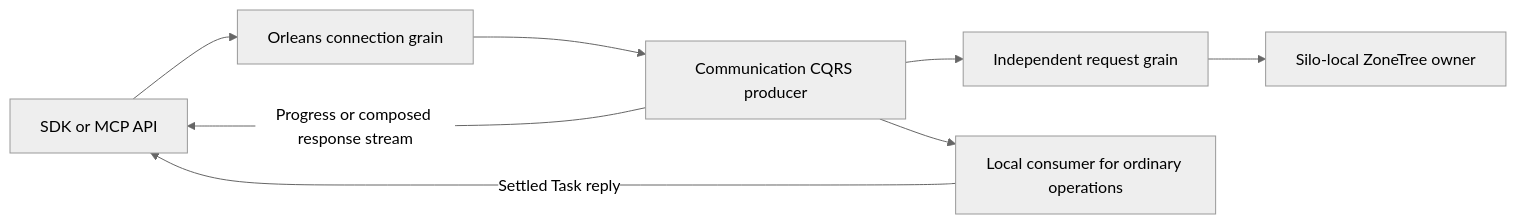
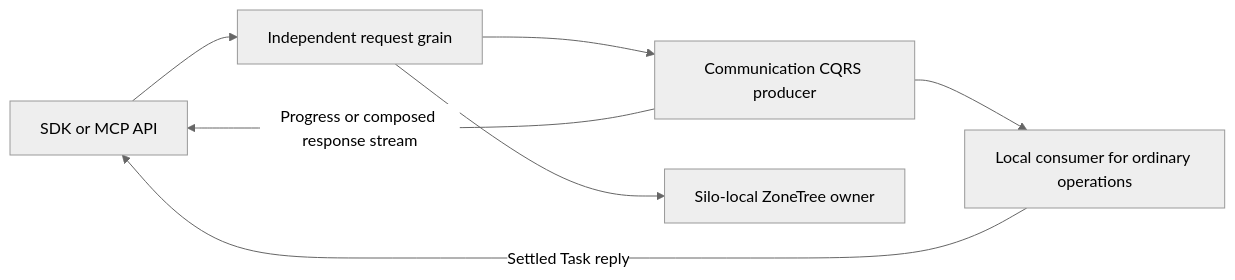
The diagram in docs/ADR/ADR-082-cqrs-streams.md (managedcode/KeyLoad), drawn with Mermaid (neutral theme) before and after one commit. The commit also changed other lines of this file and 27 other files, not shown here.

````diff
--- a/docs/ADR/ADR-082-cqrs-streams.md
+++ b/docs/ADR/ADR-082-cqrs-streams.md
@@ -23,10 +21,9 @@
 ```mermaid
 flowchart LR
-    API[SDK or MCP API] --> Connection[Orleans connection grain]
-    Connection --> CQRS[Communication CQRS producer]
-    CQRS --> Request[Independent request grain]
+    API[SDK or MCP API] --> Request[Independent request grain]
+    Request --> CQRS[Communication CQRS producer]
     Request --> Storage[Silo-local ZoneTree owner]
     CQRS --> Local[Local consumer for ordinary operations]
     Local -->|Settled Task reply| API
     CQRS -->|Progress or composed response stream| API
 ```
````
